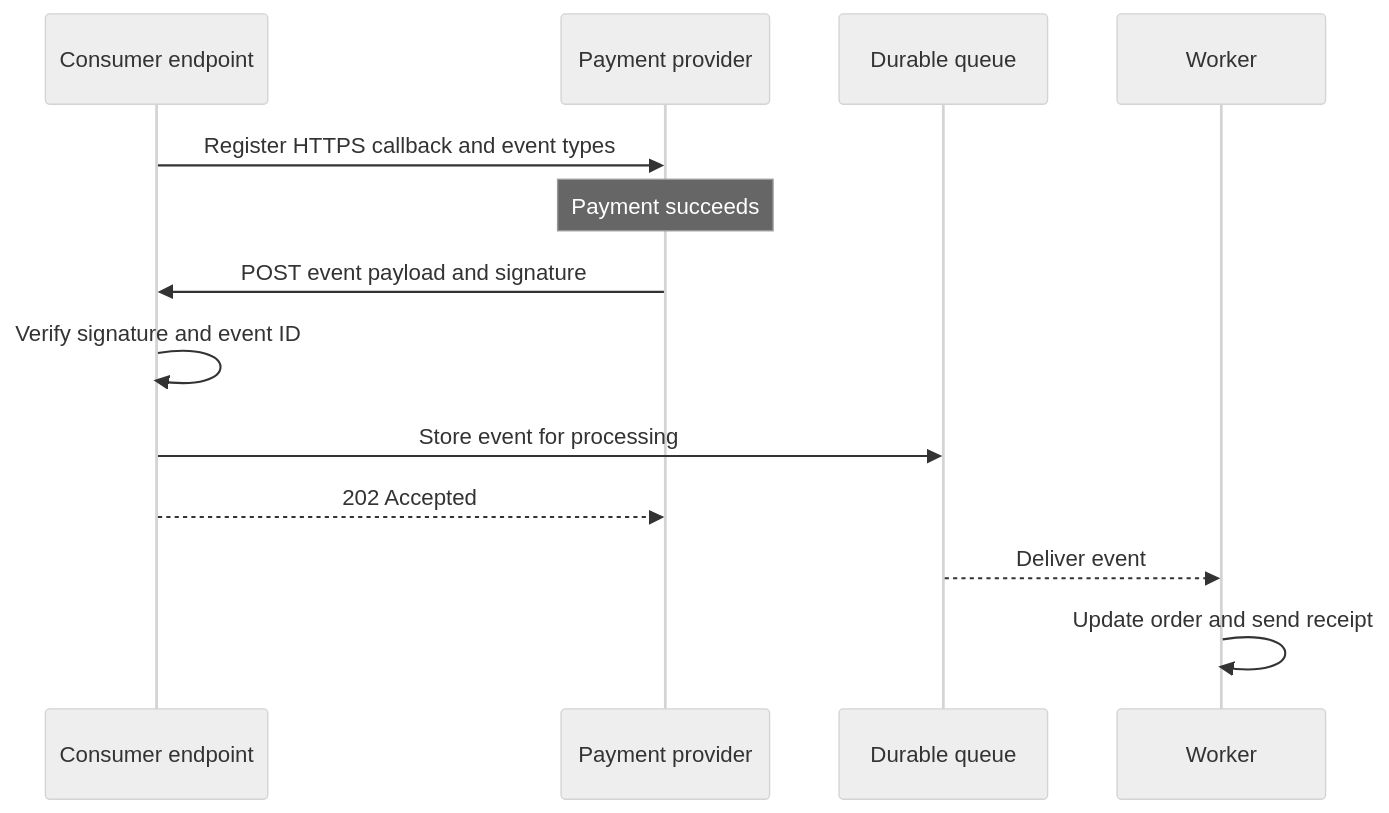
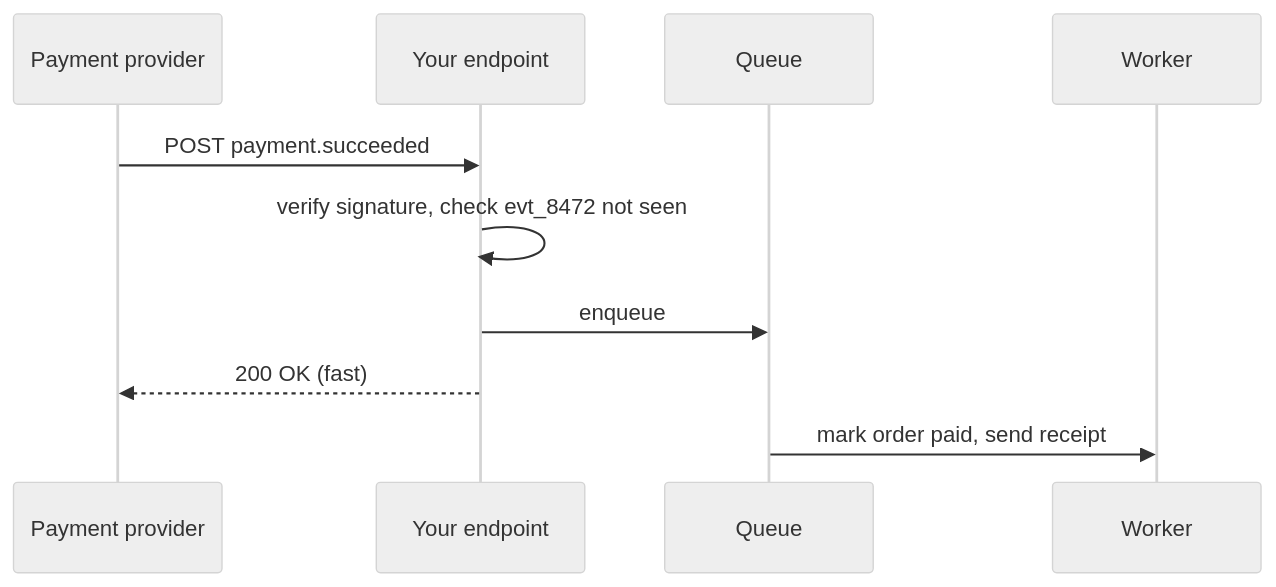
The third of 3 diagrams in connection-protocols/polling.md (alanqi03/sys-design), drawn with Mermaid (neutral theme) before and after one commit. The commit also changed other lines of this file and 6 other files, not shown here.

````diff
--- a/connection-protocols/polling.md
+++ b/connection-protocols/polling.md
@@ -147,15 +108,12 @@
 ```{mermaid}
 sequenceDiagram
-  participant C as Consumer endpoint
   participant P as Payment provider
-  participant Q as Durable queue
+  participant C as Your endpoint
+  participant Q as Queue
   participant W as Worker
-  C->>P: Register HTTPS callback and event types
-  Note over P: Payment succeeds
-  P->>C: POST event payload and signature
-  C->>C: Verify signature and event ID
-  C->>Q: Store event for processing
-  C-->>P: 202 Accepted
-  Q-->>W: Deliver event
-  W->>W: Update order and send receipt
+  P->>C: POST payment.succeeded
+  C->>C: verify signature, check evt_8472 not seen
+  C->>Q: enqueue
+  C-->>P: 200 OK (fast)
+  Q->>W: mark order paid, send receipt
 ```
````
